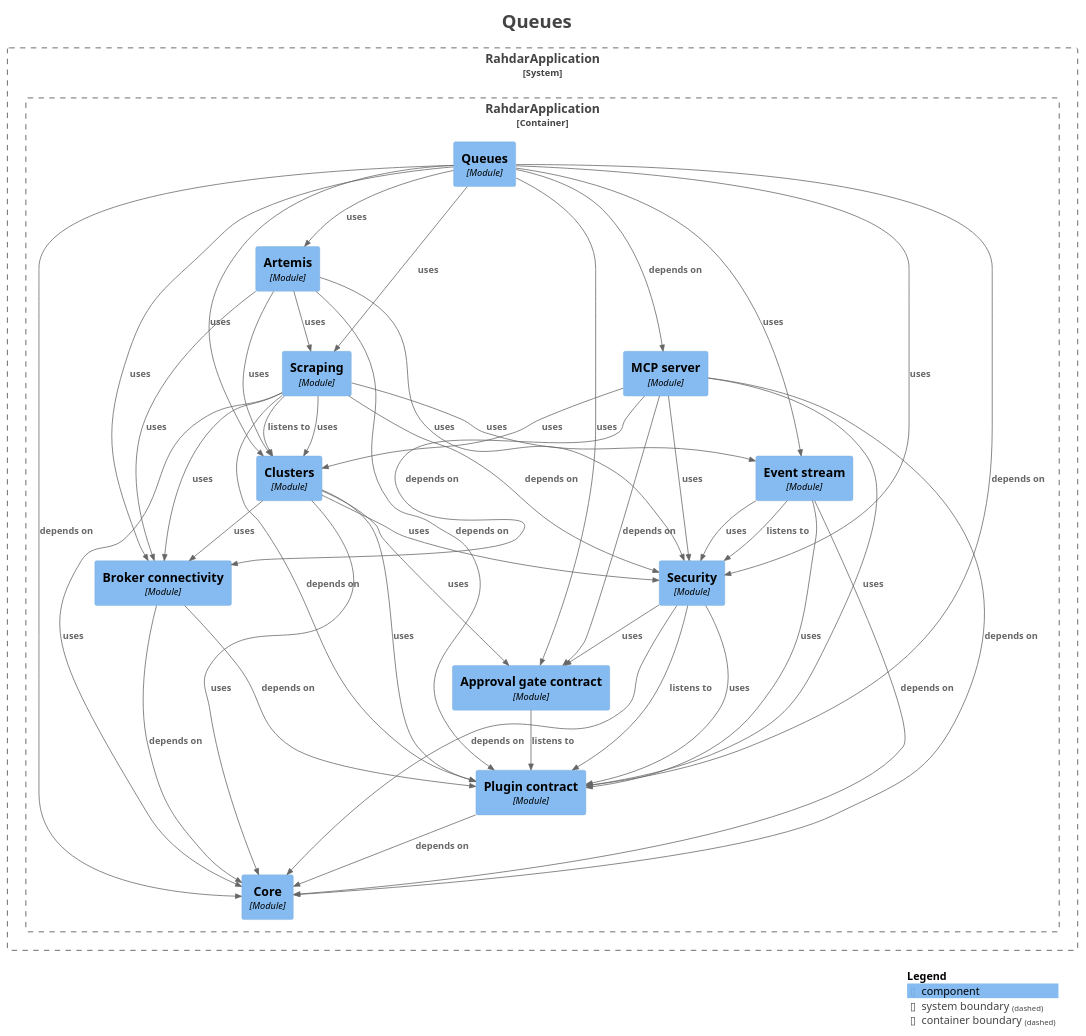
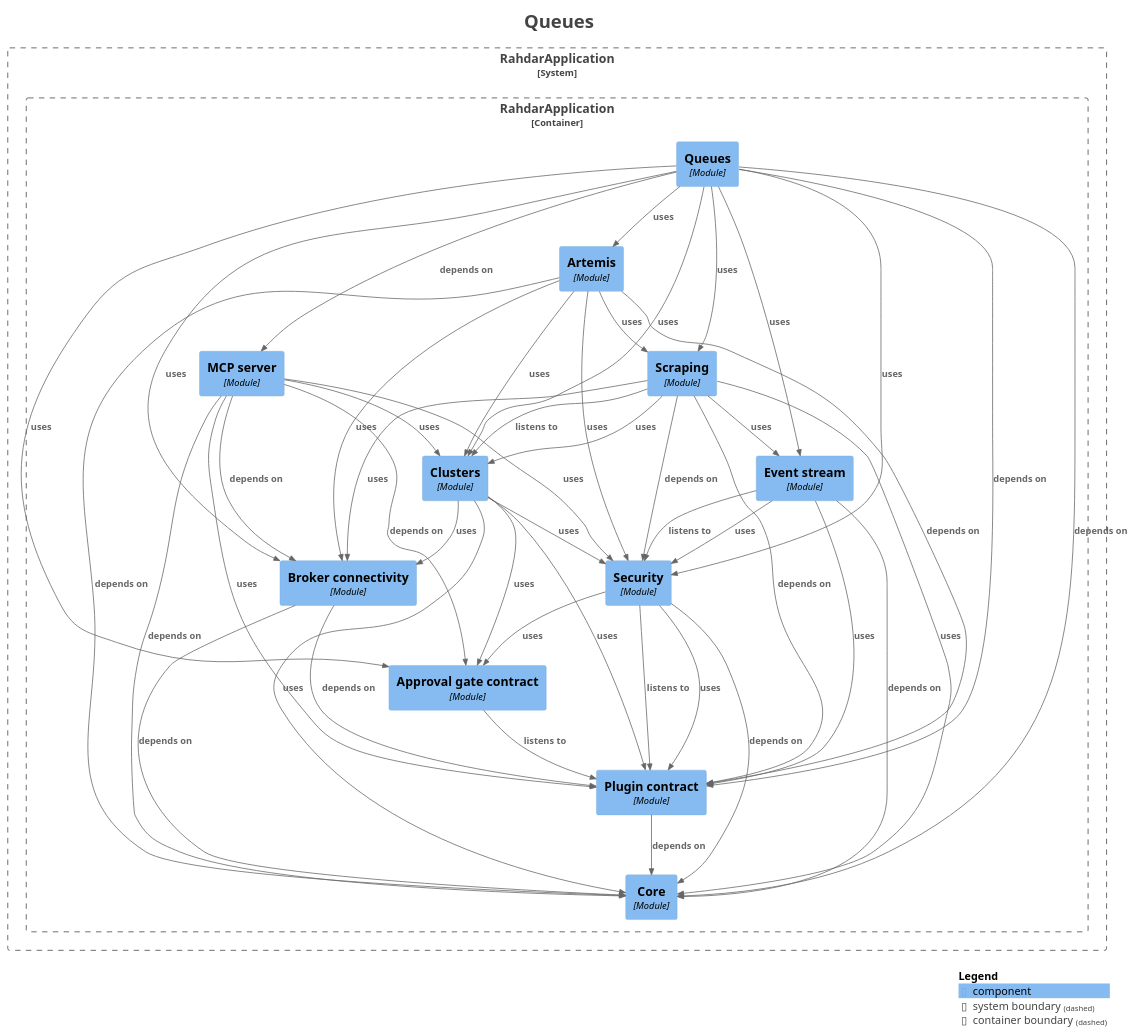
One commit to sudoitir/rahdar changed the diagram in docs/modules/module-feature.queues.puml. Above: the diagram before and after it, drawn with PlantUML. The commit also changed 33 other files, not shown here.

```diff
--- a/docs/modules/module-feature.queues.puml
+++ b/docs/modules/module-feature.queues.puml
@@ -1,83 +1,84 @@
 @startuml
 title <size:24>Queues</size>
 
 set separator none
 top to bottom direction
 
 <style>
   root {
     BackgroundColor: #ffffff
     FontColor: #444444
   }
 </style>
 
 !include <C4/C4>
 !include <C4/C4_Context>
 !include <C4/C4_Component>
 
 System_Boundary("RahdarApplication_boundary", "RahdarApplication", $tags="") {
   Container_Boundary("RahdarApplication.RahdarApplication_boundary", "RahdarApplication", $tags="") {
     Component(RahdarApplication.RahdarApplication.Approvalgatecontract, "Approval gate contract", $techn="Module", $descr="", $tags="", $link="")
     Component(RahdarApplication.RahdarApplication.Artemis, "Artemis", $techn="Module", $descr="", $tags="", $link="")
     Component(RahdarApplication.RahdarApplication.Brokerconnectivity, "Broker connectivity", $techn="Module", $descr="", $tags="", $link="")
     Component(RahdarApplication.RahdarApplication.Clusters, "Clusters", $techn="Module", $descr="", $tags="", $link="")
     Component(RahdarApplication.RahdarApplication.Core, "Core", $techn="Module", $descr="", $tags="", $link="")
     Component(RahdarApplication.RahdarApplication.Eventstream, "Event stream", $techn="Module", $descr="", $tags="", $link="")
     Component(RahdarApplication.RahdarApplication.MCPserver, "MCP server", $techn="Module", $descr="", $tags="", $link="")
     Component(RahdarApplication.RahdarApplication.Plugincontract, "Plugin contract", $techn="Module", $descr="", $tags="", $link="")
     Component(RahdarApplication.RahdarApplication.Queues, "Queues", $techn="Module", $descr="", $tags="", $link="")
     Component(RahdarApplication.RahdarApplication.Scraping, "Scraping", $techn="Module", $descr="", $tags="", $link="")
     Component(RahdarApplication.RahdarApplication.Security, "Security", $techn="Module", $descr="", $tags="", $link="")
   }
 
 }
 
 Rel(RahdarApplication.RahdarApplication.Approvalgatecontract, RahdarApplication.RahdarApplication.Plugincontract, "listens to", $techn="", $tags="", $link="")
 Rel(RahdarApplication.RahdarApplication.Artemis, RahdarApplication.RahdarApplication.Brokerconnectivity, "uses", $techn="", $tags="", $link="")
 Rel(RahdarApplication.RahdarApplication.Artemis, RahdarApplication.RahdarApplication.Clusters, "uses", $techn="", $tags="", $link="")
+Rel(RahdarApplication.RahdarApplication.Artemis, RahdarApplication.RahdarApplication.Core, "depends on", $techn="", $tags="", $link="")
 Rel(RahdarApplication.RahdarApplication.Artemis, RahdarApplication.RahdarApplication.Plugincontract, "depends on", $techn="", $tags="", $link="")
 Rel(RahdarApplication.RahdarApplication.Artemis, RahdarApplication.RahdarApplication.Scraping, "uses", $techn="", $tags="", $link="")
 Rel(RahdarApplication.RahdarApplication.Artemis, RahdarApplication.RahdarApplication.Security, "uses", $techn="", $tags="", $link="")
 Rel(RahdarApplication.RahdarApplication.Brokerconnectivity, RahdarApplication.RahdarApplication.Core, "depends on", $techn="", $tags="", $link="")
 Rel(RahdarApplication.RahdarApplication.Brokerconnectivity, RahdarApplication.RahdarApplication.Plugincontract, "depends on", $techn="", $tags="", $link="")
 Rel(RahdarApplication.RahdarApplication.Clusters, RahdarApplication.RahdarApplication.Approvalgatecontract, "uses", $techn="", $tags="", $link="")
 Rel(RahdarApplication.RahdarApplication.Clusters, RahdarApplication.RahdarApplication.Brokerconnectivity, "uses", $techn="", $tags="", $link="")
 Rel(RahdarApplication.RahdarApplication.Clusters, RahdarApplication.RahdarApplication.Core, "uses", $techn="", $tags="", $link="")
 Rel(RahdarApplication.RahdarApplication.Clusters, RahdarApplication.RahdarApplication.Plugincontract, "uses", $techn="", $tags="", $link="")
 Rel(RahdarApplication.RahdarApplication.Clusters, RahdarApplication.RahdarApplication.Security, "uses", $techn="", $tags="", $link="")
 Rel(RahdarApplication.RahdarApplication.Eventstream, RahdarApplication.RahdarApplication.Core, "depends on", $techn="", $tags="", $link="")
 Rel(RahdarApplication.RahdarApplication.Eventstream, RahdarApplication.RahdarApplication.Plugincontract, "uses", $techn="", $tags="", $link="")
 Rel(RahdarApplication.RahdarApplication.Eventstream, RahdarApplication.RahdarApplication.Security, "listens to", $techn="", $tags="", $link="")
 Rel(RahdarApplication.RahdarApplication.Eventstream, RahdarApplication.RahdarApplication.Security, "uses", $techn="", $tags="", $link="")
 Rel(RahdarApplication.RahdarApplication.MCPserver, RahdarApplication.RahdarApplication.Approvalgatecontract, "depends on", $techn="", $tags="", $link="")
 Rel(RahdarApplication.RahdarApplication.MCPserver, RahdarApplication.RahdarApplication.Brokerconnectivity, "depends on", $techn="", $tags="", $link="")
 Rel(RahdarApplication.RahdarApplication.MCPserver, RahdarApplication.RahdarApplication.Clusters, "uses", $techn="", $tags="", $link="")
 Rel(RahdarApplication.RahdarApplication.MCPserver, RahdarApplication.RahdarApplication.Core, "depends on", $techn="", $tags="", $link="")
 Rel(RahdarApplication.RahdarApplication.MCPserver, RahdarApplication.RahdarApplication.Plugincontract, "uses", $techn="", $tags="", $link="")
 Rel(RahdarApplication.RahdarApplication.MCPserver, RahdarApplication.RahdarApplication.Security, "uses", $techn="", $tags="", $link="")
 Rel(RahdarApplication.RahdarApplication.Plugincontract, RahdarApplication.RahdarApplication.Core, "depends on", $techn="", $tags="", $link="")
 Rel(RahdarApplication.RahdarApplication.Queues, RahdarApplication.RahdarApplication.Approvalgatecontract, "uses", $techn="", $tags="", $link="")
 Rel(RahdarApplication.RahdarApplication.Queues, RahdarApplication.RahdarApplication.Artemis, "uses", $techn="", $tags="", $link="")
 Rel(RahdarApplication.RahdarApplication.Queues, RahdarApplication.RahdarApplication.Brokerconnectivity, "uses", $techn="", $tags="", $link="")
 Rel(RahdarApplication.RahdarApplication.Queues, RahdarApplication.RahdarApplication.Clusters, "uses", $techn="", $tags="", $link="")
 Rel(RahdarApplication.RahdarApplication.Queues, RahdarApplication.RahdarApplication.Core, "depends on", $techn="", $tags="", $link="")
 Rel(RahdarApplication.RahdarApplication.Queues, RahdarApplication.RahdarApplication.Eventstream, "uses", $techn="", $tags="", $link="")
 Rel(RahdarApplication.RahdarApplication.Queues, RahdarApplication.RahdarApplication.MCPserver, "depends on", $techn="", $tags="", $link="")
 Rel(RahdarApplication.RahdarApplication.Queues, RahdarApplication.RahdarApplication.Plugincontract, "depends on", $techn="", $tags="", $link="")
 Rel(RahdarApplication.RahdarApplication.Queues, RahdarApplication.RahdarApplication.Scraping, "uses", $techn="", $tags="", $link="")
 Rel(RahdarApplication.RahdarApplication.Queues, RahdarApplication.RahdarApplication.Security, "uses", $techn="", $tags="", $link="")
 Rel(RahdarApplication.RahdarApplication.Scraping, RahdarApplication.RahdarApplication.Brokerconnectivity, "uses", $techn="", $tags="", $link="")
 Rel(RahdarApplication.RahdarApplication.Scraping, RahdarApplication.RahdarApplication.Clusters, "listens to", $techn="", $tags="", $link="")
 Rel(RahdarApplication.RahdarApplication.Scraping, RahdarApplication.RahdarApplication.Clusters, "uses", $techn="", $tags="", $link="")
 Rel(RahdarApplication.RahdarApplication.Scraping, RahdarApplication.RahdarApplication.Core, "uses", $techn="", $tags="", $link="")
 Rel(RahdarApplication.RahdarApplication.Scraping, RahdarApplication.RahdarApplication.Eventstream, "uses", $techn="", $tags="", $link="")
 Rel(RahdarApplication.RahdarApplication.Scraping, RahdarApplication.RahdarApplication.Plugincontract, "depends on", $techn="", $tags="", $link="")
 Rel(RahdarApplication.RahdarApplication.Scraping, RahdarApplication.RahdarApplication.Security, "depends on", $techn="", $tags="", $link="")
 Rel(RahdarApplication.RahdarApplication.Security, RahdarApplication.RahdarApplication.Approvalgatecontract, "uses", $techn="", $tags="", $link="")
 Rel(RahdarApplication.RahdarApplication.Security, RahdarApplication.RahdarApplication.Core, "depends on", $techn="", $tags="", $link="")
 Rel(RahdarApplication.RahdarApplication.Security, RahdarApplication.RahdarApplication.Plugincontract, "listens to", $techn="", $tags="", $link="")
 Rel(RahdarApplication.RahdarApplication.Security, RahdarApplication.RahdarApplication.Plugincontract, "uses", $techn="", $tags="", $link="")
 
 SHOW_LEGEND(true)
 hide stereotypes
 @enduml
```
